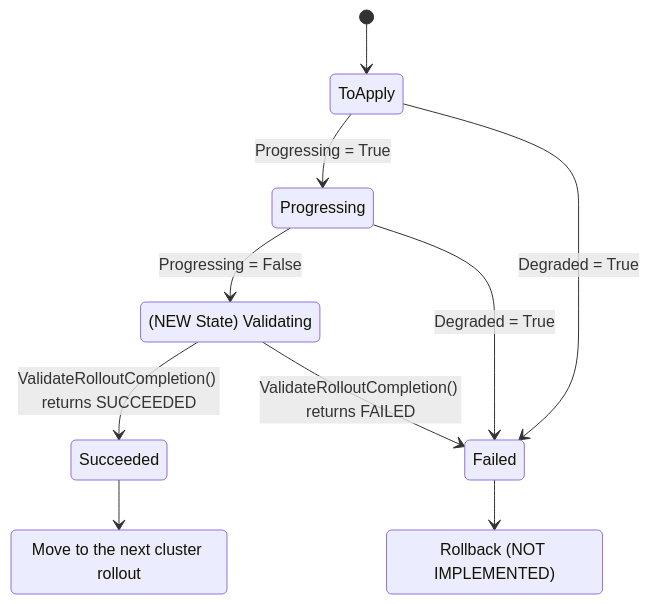
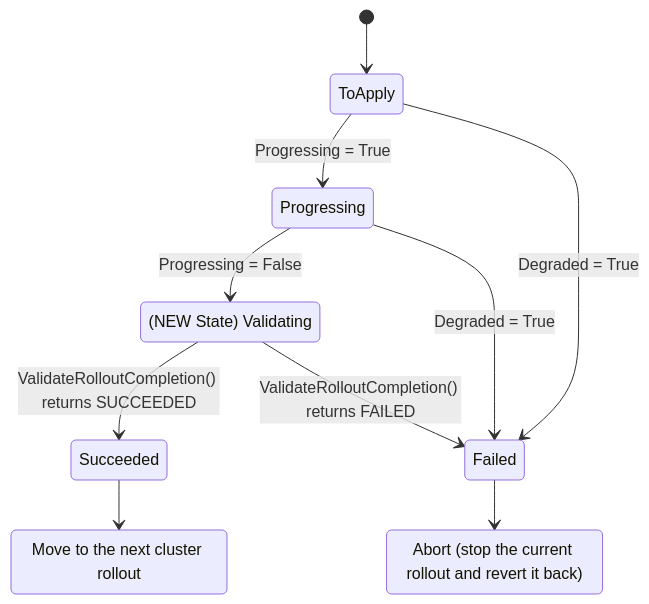
One commit to open-cluster-management-io/enhancements changed the third of 3 diagrams in enhancements/sig-architecture/227-manifestworkreplicaset-rollout-plugin/README.md. Above: the diagram before and after it, drawn with Mermaid. The commit also changed other lines of this file, not shown here.

````diff
--- a/enhancements/sig-architecture/227-manifestworkreplicaset-rollout-plugin/README.md
+++ b/enhancements/sig-architecture/227-manifestworkreplicaset-rollout-plugin/README.md
@@ -189,15 +189,15 @@
 ```mermaid
 stateDiagram
   Validating: (NEW State) Validating
   NextCluster: Move to the next cluster rollout
-  Rollback: Rollback (NOT IMPLEMENTED)
+  Abort: Abort (stop the current rollout and revert it back)
   [*] --> ToApply
   ToApply --> Progressing: Progressing = True
   Progressing --> Validating: Progressing = False
   Validating --> Succeeded: ValidateRolloutCompletion() returns SUCCEEDED
   Validating --> Failed: ValidateRolloutCompletion() returns FAILED
   Progressing --> Failed: Degraded = True
   ToApply --> Failed: Degraded = True
   Succeeded --> NextCluster
-  Failed --> Rollback
+  Failed --> Abort
 ```
````
